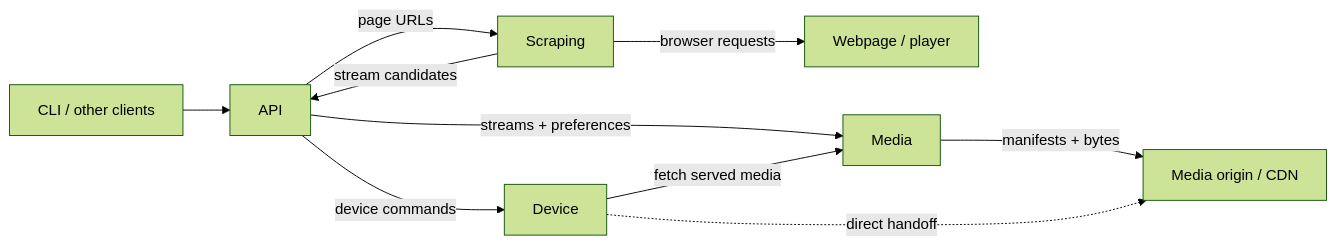
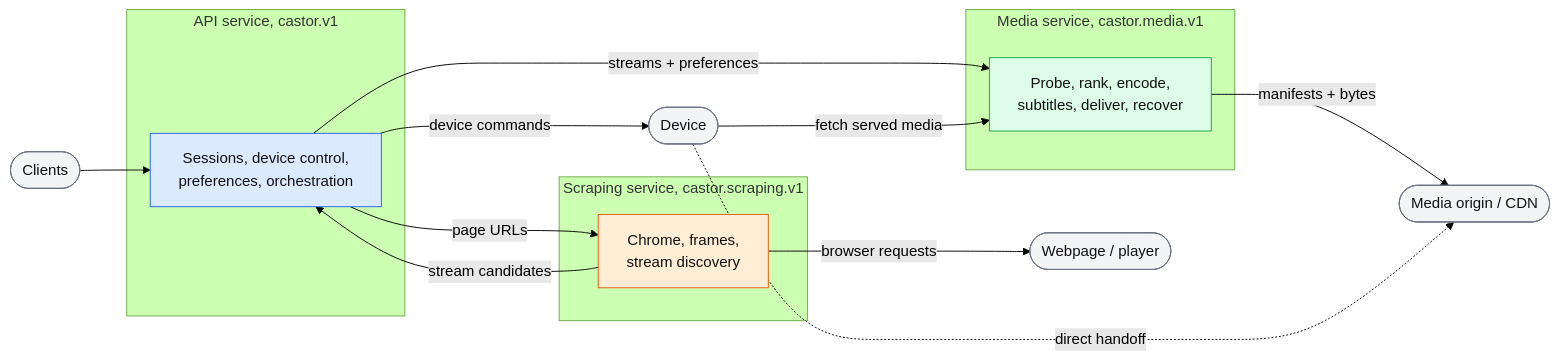
Before and after one commit to DonchoMinkov/castor: the first of 4 diagrams in ARCHITECTURE.md, drawn with Mermaid (forest theme). The commit also changed other lines of this file and 113 other files, not shown here.

````diff
--- a/ARCHITECTURE.md
+++ b/ARCHITECTURE.md
@@ -7,12 +7,33 @@
 ```mermaid
 flowchart LR
-    client[CLI / other clients] --> api[API]
-    api -- page URLs --> scraping[Scraping]
+    client([Clients])
+    web([Webpage / player])
+    origin([Media origin / CDN])
+    device([Device])
+    subgraph apiS["API service, castor.v1"]
+        api["Sessions, device control,<br/>preferences, orchestration"]
+    end
+    subgraph scrapeS["Scraping service, castor.scraping.v1"]
+        scraping["Chrome, frames,<br/>stream discovery"]
+    end
+    subgraph mediaS["Media service, castor.media.v1"]
+        media["Probe, rank, encode,<br/>subtitles, deliver, recover"]
+    end
+    client --> api
+    api -- page URLs --> scraping
     scraping -- stream candidates --> api
-    scraping -- browser requests --> web[Webpage / player]
-    api -- streams + preferences --> media[Media]
-    api -- device commands --> device[Device]
-    media -- manifests + bytes --> origin[Media origin / CDN]
+    scraping -- browser requests --> web
+    api -- streams + preferences --> media
+    api -- device commands --> device
+    media -- manifests + bytes --> origin
     device -- fetch served media --> media
     device -. direct handoff .-> origin
+    classDef apiNode fill:#dbeafe,stroke:#2563eb,color:#111
+    classDef mediaNode fill:#dcfce7,stroke:#16a34a,color:#111
+    classDef scrapeNode fill:#ffedd5,stroke:#ea580c,color:#111
+    classDef outside fill:#f3f4f6,stroke:#6b7280,color:#111
+    class api apiNode
+    class media mediaNode
+    class scraping scrapeNode
+    class client,web,origin,device outside
 ```
````
